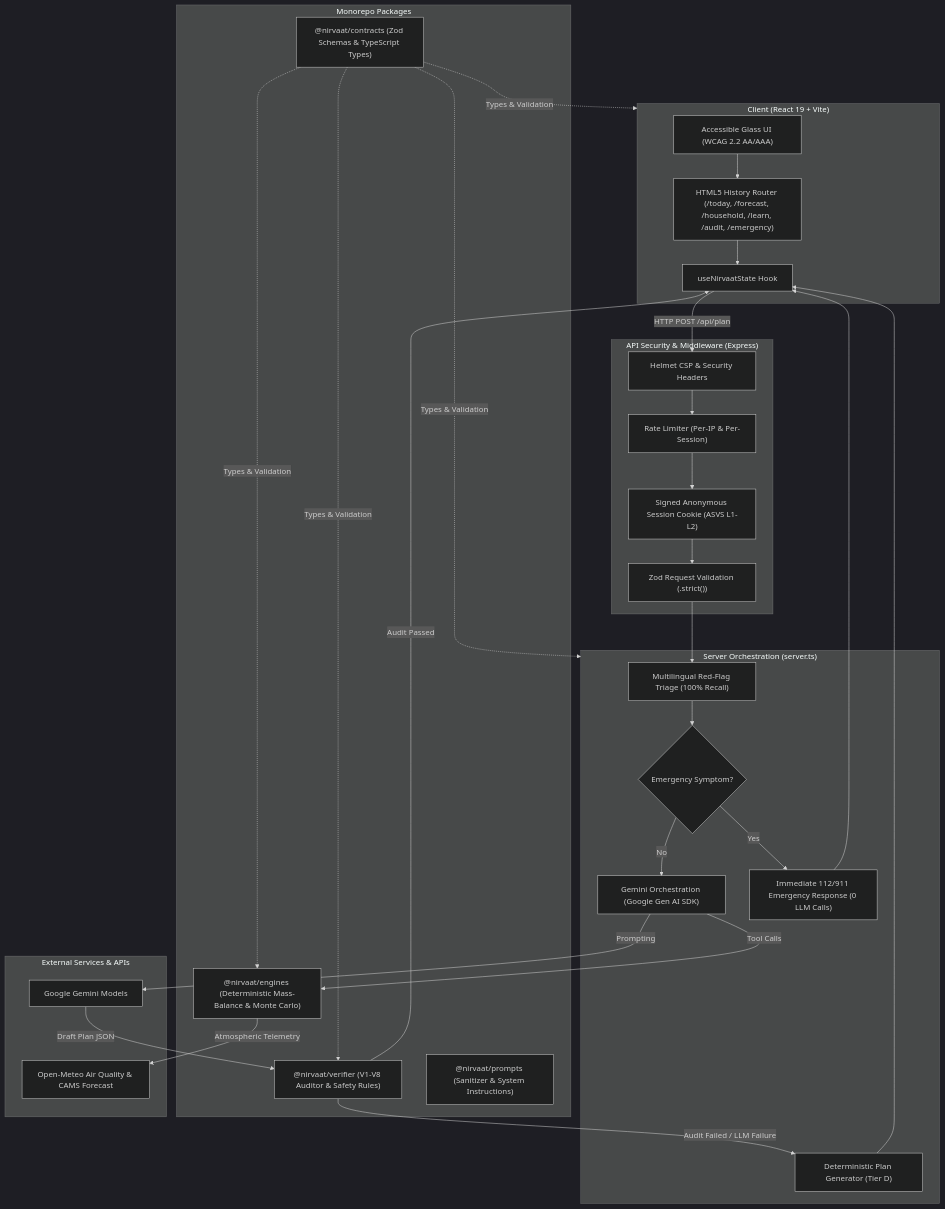
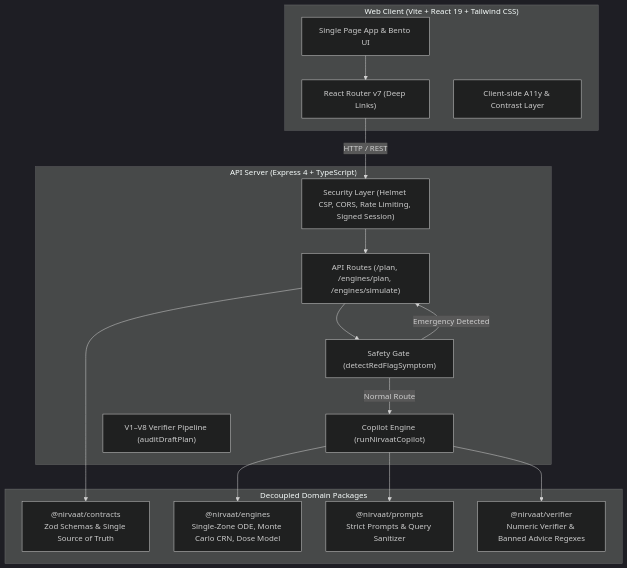
The second of 3 diagrams in docs/ARCHITECTURE.md (ramakrishnanyadav/NIRVAAT), drawn with Mermaid (dark theme) before and after one commit. The commit also changed other lines of this file and 3 other files, not shown here.

Commit message:
docs: establish ground truth baseline, C4 architecture, threat model, design review, and backlog

````diff
--- a/docs/ARCHITECTURE.md
+++ b/docs/ARCHITECTURE.md
@@ -14,59 +30,34 @@
 ```mermaid
-flowchart TD
-    subgraph Client["Client (React 19 + Vite)"]
-        UI["Accessible Glass UI (WCAG 2.2 AA/AAA)"]
-        Router["HTML5 History Router (/today, /forecast, /household, /learn, /audit, /emergency)"]
-        State["useNirvaatState Hook"]
-        UI --> Router
-        Router --> State
-    end
+flowchart TB
+  subgraph Client["Web Client (Vite + React 19 + Tailwind CSS)"]
+    UI["Single Page App & Bento UI"]
+    Router["React Router v7 (Deep Links)"]
+    AxeAudit["Client-side A11y & Contrast Layer"]
+  end
 
-    subgraph Security["API Security & Middleware (Express)"]
-        Helmet["Helmet CSP & Security Headers"]
-        RateLimit["Rate Limiter (Per-IP & Per-Session)"]
-        Session["Signed Anonymous Session Cookie (ASVS L1-L2)"]
-        ZodGate["Zod Request Validation (.strict())"]
-        Helmet --> RateLimit --> Session --> ZodGate
-    end
+  subgraph Server["API Server (Express 4 + TypeScript)"]
+    SecMiddleware["Security Layer (Helmet CSP, CORS, Rate Limiting, Signed Session)"]
+    RouterPlan["API Routes (/plan, /engines/plan, /engines/simulate)"]
+    Triage["Safety Gate (detectRedFlagSymptom)"]
+    Copilot["Copilot Engine (runNirvaatCopilot)"]
+    Verifier["V1–V8 Verifier Pipeline (auditDraftPlan)"]
+  end
 
-    subgraph Server["Server Orchestration (server.ts)"]
-        RedFlagTriage["Multilingual Red-Flag Triage (100% Recall)"]
-        EmergencyTriage{"Emergency Symptom?"}
-        FallbackEngine["Deterministic Plan Generator (Tier D)"]
-        GeminiOrchestrator["Gemini Orchestration (Google Gen AI SDK)"]
-        EmergencyResp["Immediate 112/911 Emergency Response (0 LLM Calls)"]
-    end
+  subgraph Packages["Decoupled Domain Packages"]
+    Contracts["@nirvaat/contracts<br/>Zod Schemas & Single Source of Truth"]
+    Engines["@nirvaat/engines<br/>Single-Zone ODE, Monte Carlo CRN, Dose Model"]
+    Prompts["@nirvaat/prompts<br/>Strict Prompts & Query Sanitizer"]
+    VerifierPkg["@nirvaat/verifier<br/>Numeric Verifier & Banned Advice Regexes"]
+  end
 
-    subgraph Packages["Monorepo Packages"]
-        Contracts["@nirvaat/contracts (Zod Schemas & TypeScript Types)"]
-        Engines["@nirvaat/engines (Deterministic Mass-Balance & Monte Carlo)"]
-        Verifier["@nirvaat/verifier (V1-V8 Auditor & Safety Rules)"]
-        Prompts["@nirvaat/prompts (Sanitizer & System Instructions)"]
-    end
-
-    subgraph External["External Services & APIs"]
-        OpenMeteo["Open-Meteo Air Quality & CAMS Forecast"]
-        GeminiAPI["Google Gemini Models"]
-    end
-
-    State -- HTTP POST /api/plan --> Helmet
-    ZodGate --> RedFlagTriage
-    RedFlagTriage --> EmergencyTriage
-    EmergencyTriage -- Yes --> EmergencyResp
-    EmergencyResp --> State
-    EmergencyTriage -- No --> GeminiOrchestrator
-
-    GeminiOrchestrator -- Tool Calls --> Engines
-    Engines -- Atmospheric Telemetry --> OpenMeteo
-    GeminiOrchestrator -- Prompting --> GeminiAPI
-    GeminiAPI -- Draft Plan JSON --> Verifier
-
-    Verifier -- Audit Passed --> State
-    Verifier -- Audit Failed / LLM Failure --> FallbackEngine
-    FallbackEngine --> State
-
-    Contracts -. Types & Validation .-> Client
-    Contracts -. Types & Validation .-> Server
-    Contracts -. Types & Validation .-> Engines
-    Contracts -. Types & Validation .-> Verifier
+  UI --> Router
+  Router -->|"HTTP / REST"| SecMiddleware
+  SecMiddleware --> RouterPlan
+  RouterPlan --> Triage
+  Triage -->|"Normal Route"| Copilot
+  Triage -->|"Emergency Detected"| RouterPlan
+  Copilot --> Engines
+  Copilot --> VerifierPkg
+  Copilot --> Prompts
+  RouterPlan --> Contracts
 ```
````
